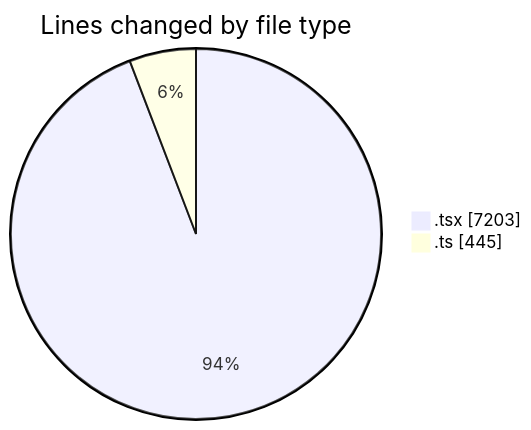
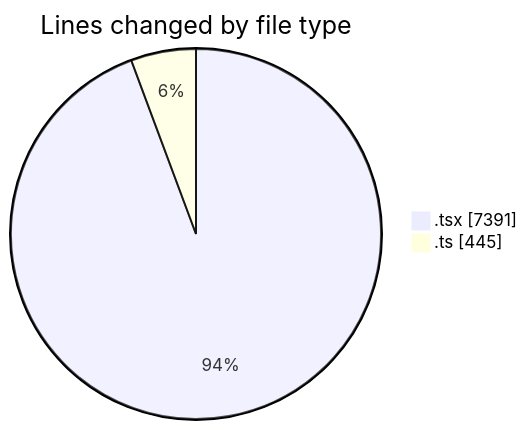
One commit to momahboobian/code-tracking changed the first of 2 diagrams in 2025-09-24/cda/README.md. Above: the diagram before and after it, drawn with Mermaid. The commit also changed other lines of this file and 1 other file, not shown here.

````diff
--- a/2025-09-24/cda/README.md
+++ b/2025-09-24/cda/README.md
@@ -36,6 +36,6 @@
 ```mermaid
 pie showData
 title Lines changed by file type
-".tsx" : 7203
+".tsx" : 7391
 ".ts" : 445
 ```
````
